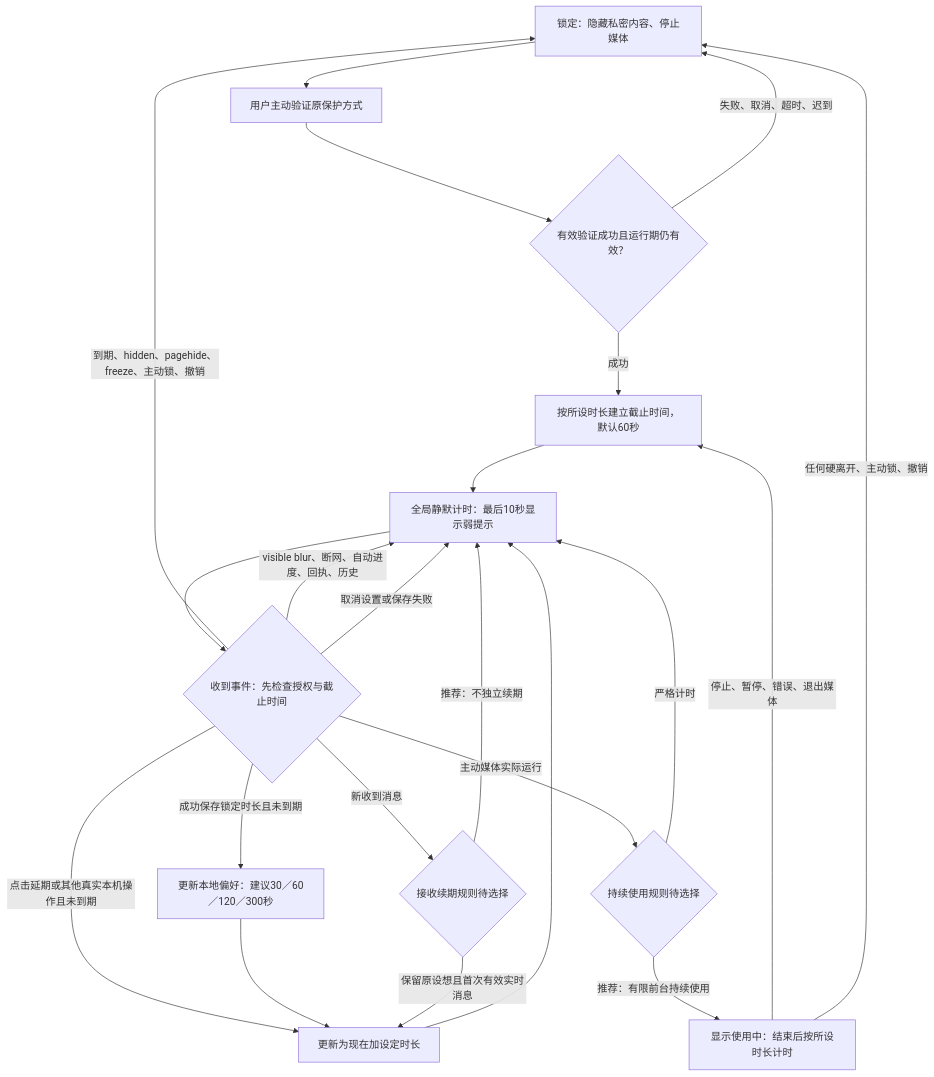
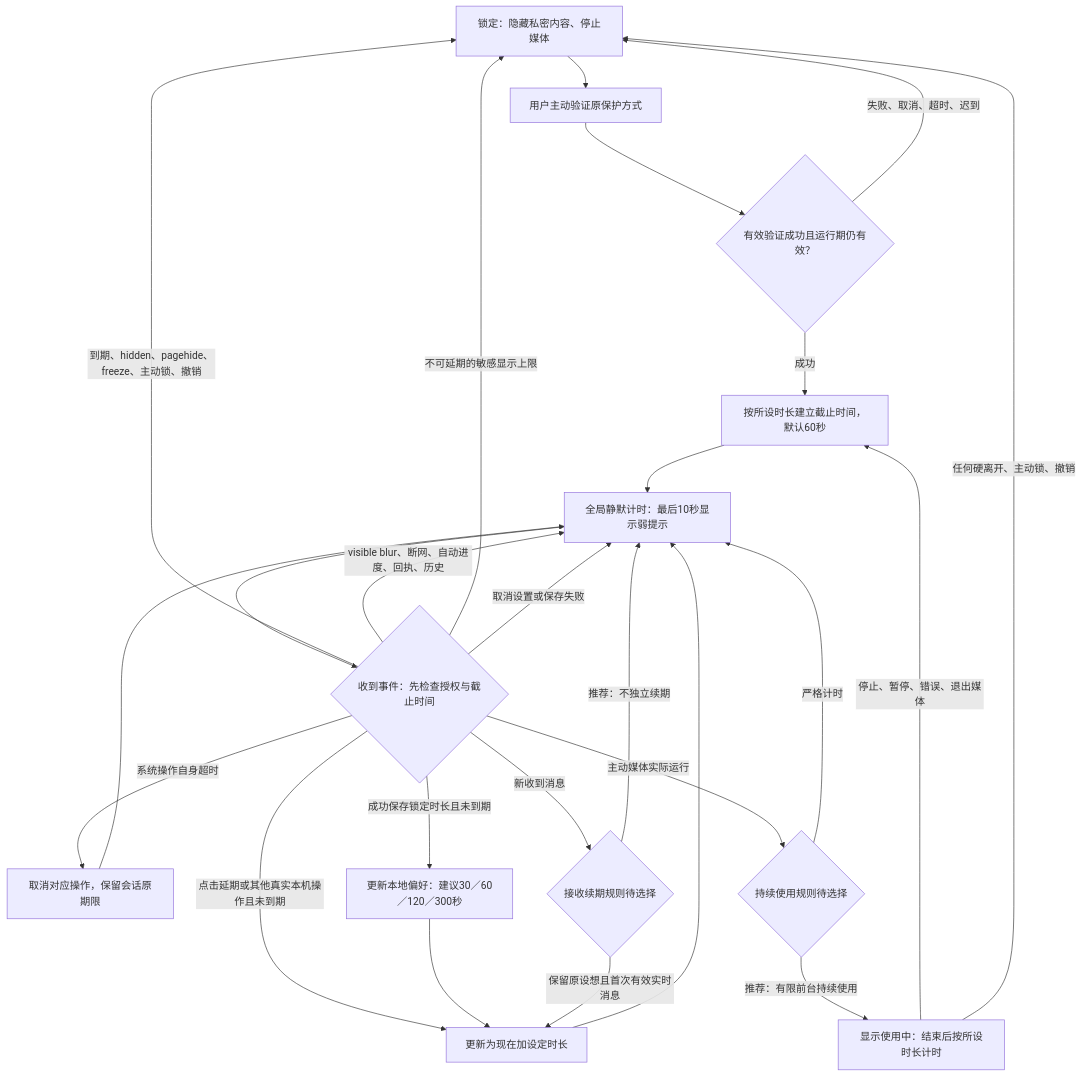
One commit to zdaiwmm/shui-IM changed the diagram in docs/requirements/2026-10-09-global-lock-countdown/flow.md. Above: the diagram before and after it, drawn with Mermaid. The commit also changed other lines of this file and 3 other files, not shown here.

````diff
--- a/docs/requirements/2026-10-09-global-lock-countdown/flow.md
+++ b/docs/requirements/2026-10-09-global-lock-countdown/flow.md
@@ -6,24 +7,27 @@
 ```mermaid
 flowchart TD
     L[锁定：隐藏私密内容、停止媒体] --> U[用户主动验证原保护方式]
     U --> A{有效验证成功且运行期仍有效？}
     A -- 失败、取消、超时、迟到 --> L
     A -- 成功 --> C[按所设时长建立截止时间，默认60秒]
     C --> W[全局静默计时：最后10秒显示弱提示]
     W --> E{收到事件：先检查授权与截止时间}
     E -- 到期、hidden、pagehide、freeze、主动锁、撤销 --> L
     E -- 点击延期或其他真实本机操作且未到期 --> R[更新为现在加设定时长]
     R --> W
     E -- visible blur、断网、自动进度、回执、历史 --> W
+    E -- 系统操作自身超时 --> T[取消对应操作，保留会话原期限]
+    T --> W
+    E -- 不可延期的敏感显示上限 --> L
     E -- 成功保存锁定时长且未到期 --> S[更新本地偏好：建议30／60／120／300秒]
     S --> R
     E -- 取消设置或保存失败 --> W
     E -- 新收到消息 --> M{接收续期规则待选择}
     M -- 推荐：不独立续期 --> W
     M -- 保留原设想且首次有效实时消息 --> R
     E -- 主动媒体实际运行 --> P{持续使用规则待选择}
     P -- 严格计时 --> W
     P -- 推荐：有限前台持续使用 --> B[显示使用中：结束后按所设时长计时]
     B -- 停止、暂停、错误、退出媒体 --> C
     B -- 任何硬离开、主动锁、撤销 --> L
 ```
````
